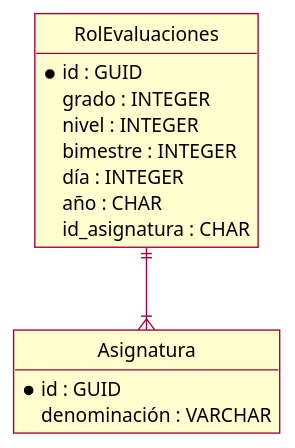
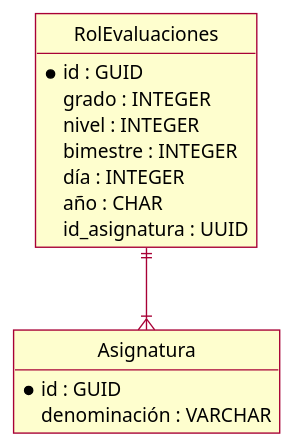
One commit to carrilloluis/RolEvaluaciones_BD changed the diagram in RolDeEvaluaciones_v0.puml. Above: the diagram before and after it, drawn with PlantUML. The commit also changed 1 other file, not shown here.

```diff
--- a/RolDeEvaluaciones_v0.puml
+++ b/RolDeEvaluaciones_v0.puml
@@ -1,21 +1,23 @@
 @startuml re1
 	skin rose
 	hide circle
 	hide empty members
 	skinparam shadowing false
 
 	entity Asignatura {
 		*id : GUID
 		denominación : VARCHAR
 	}
+
 	entity RolEvaluaciones {
 		*id : GUID
 		grado : INTEGER
 		nivel : INTEGER
 		bimestre : INTEGER
 		día : INTEGER
 		año : CHAR
-		id_asignatura : CHAR
+		id_asignatura : UUID
 	}
+
 	RolEvaluaciones ||-d-|{ Asignatura
 @enduml
```
